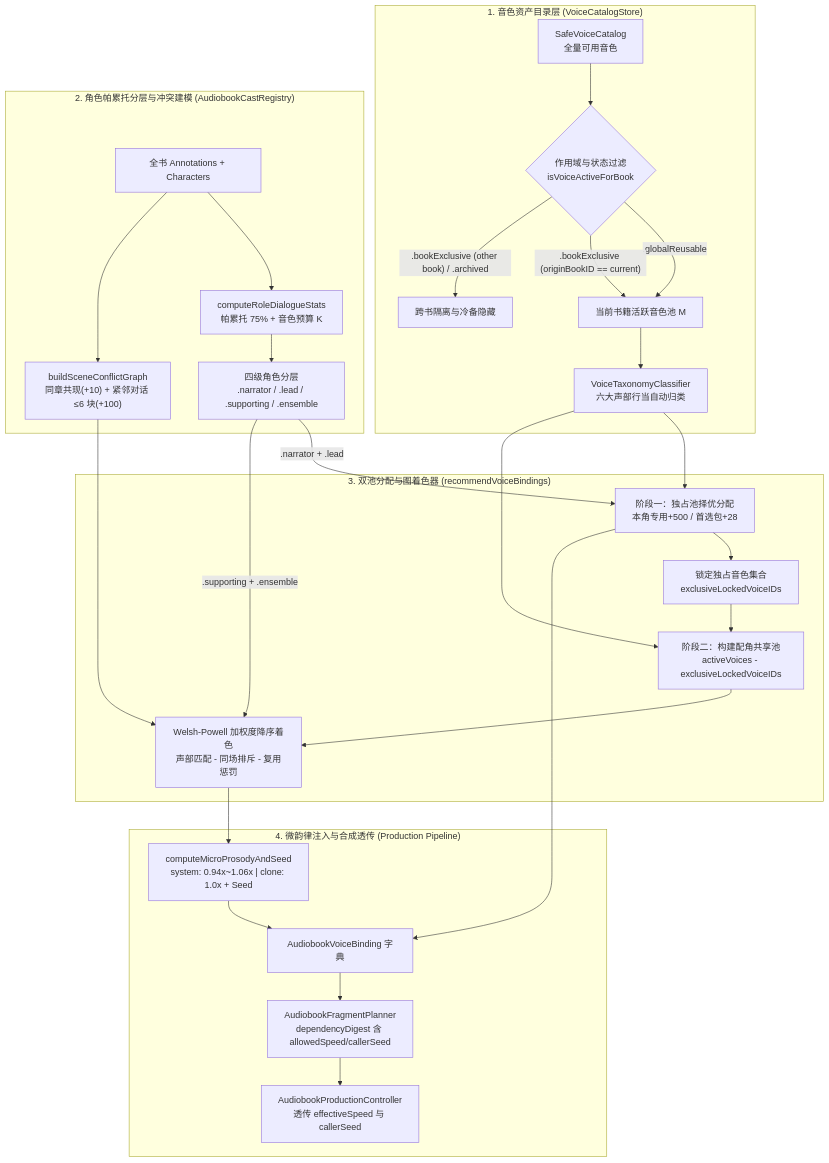
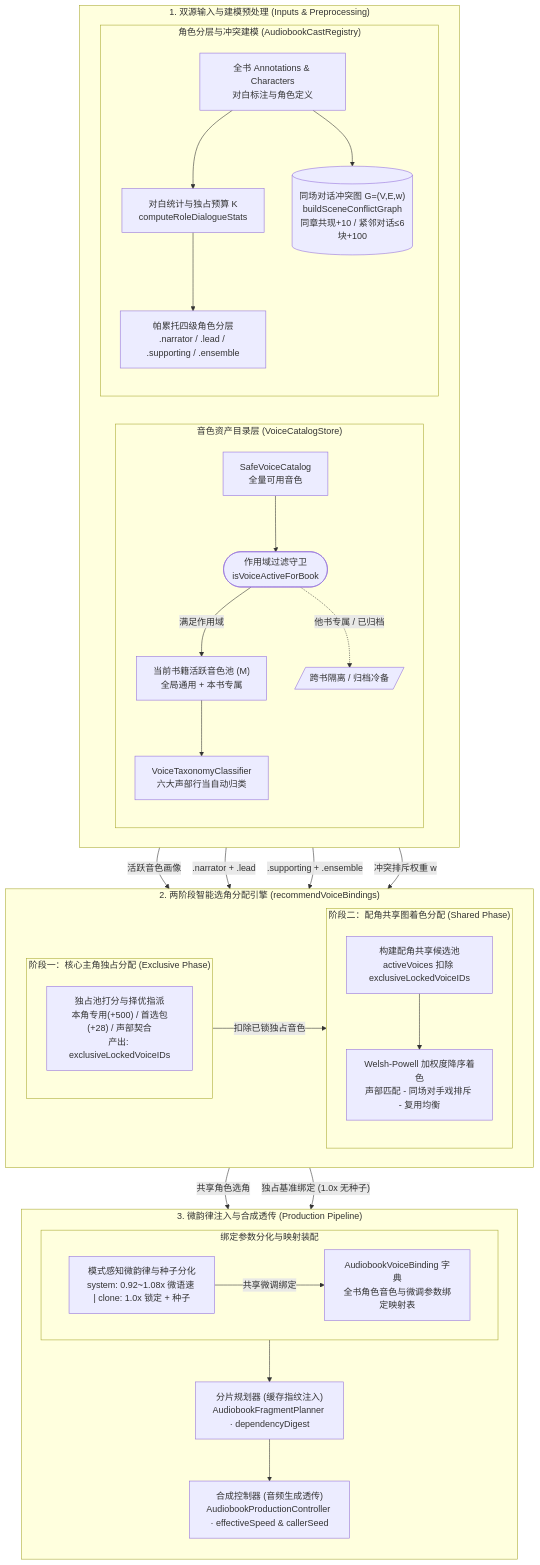
One commit to hrygo/SpeechRail changed the diagram in docs/developers/audiobook-mass-casting-spec.md. Above: the diagram before and after it, drawn with Mermaid. The commit also changed 2 other files, not shown here.

Commit message:
docs(audiobook): refine mass casting specification and architecture pipeline diagrams

````diff
--- a/docs/developers/audiobook-mass-casting-spec.md
+++ b/docs/developers/audiobook-mass-casting-spec.md
@@ -36,35 +36,84 @@
 ```mermaid
-graph TD
-    subgraph L1["1. 音色资产目录层 (VoiceCatalogStore)"]
-        VC[SafeVoiceCatalog<br/>全量可用音色] --> SF{作用域与状态过滤<br/>isVoiceActiveForBook}
-        SF -->|".globalReusable"| Pool[当前书籍活跃音色池 M]
-        SF -->|".bookExclusive (originBookID == current)"| Pool
-        SF -->|".bookExclusive (other book) / .archived"| Drop[跨书隔离与冷备隐藏]
-        Pool --> TC[VoiceTaxonomyClassifier<br/>六大声部行当自动归类]
+flowchart TB
+    %% -----------------------------------------------------------
+    %% 1. 输入与前置建模层
+    %% -----------------------------------------------------------
+    subgraph S1["1. 双源输入与建模预处理 (Inputs & Preprocessing)"]
+        direction LR
+
+        subgraph S1_Voice["音色资产目录层 (VoiceCatalogStore)"]
+            direction TB
+            VC["SafeVoiceCatalog<br/>全量可用音色"]
+            SF(["作用域过滤守卫<br/>isVoiceActiveForBook"])
+            Pool["当前书籍活跃音色池 (M)<br/>全局通用 + 本书专属"]
+            Drop[/"跨书隔离 / 归档冷备"/]
+            TC["VoiceTaxonomyClassifier<br/>六大声部行当自动归类"]
+
+            VC --> SF
+            SF -->|"满足作用域"| Pool
+            SF -.->|"他书专属 / 已归档"| Drop
+            Pool --> TC
+        end
+
+        subgraph S1_Cast["角色分层与冲突建模 (AudiobookCastRegistry)"]
+            direction TB
+            Ann["全书 Annotations & Characters<br/>对白标注与角色定义"]
+            Stats["对白统计与独占预算 K<br/>computeRoleDialogueStats"]
+            Tiers["帕累托四级角色分层<br/>.narrator / .lead / .supporting / .ensemble"]
+            Graph[("同场对话冲突图 G=(V,E,w)<br/>buildSceneConflictGraph<br/>同章共现+10 / 紧邻对话≤6块+100")]
+
+            Ann --> Stats
+            Stats --> Tiers
+            Ann --> Graph
+        end
     end
 
-    subgraph L2["2. 角色帕累托分层与冲突建模 (AudiobookCastRegistry)"]
-        Ann[全书 Annotations + Characters] --> Stats[computeRoleDialogueStats<br/>帕累托 75% + 音色预算 K]
-        Stats --> Tiers["四级角色分层<br/>.narrator / .lead / .supporting / .ensemble"]
-        Ann --> Graph["buildSceneConflictGraph<br/>同章共现(+10) + 紧邻对话 ≤6 块(+100)"]
+    %% -----------------------------------------------------------
+    %% 2. 双池智能选角分配层
+    %% -----------------------------------------------------------
+    subgraph S2["2. 两阶段智能选角分配引擎 (recommendVoiceBindings)"]
+        direction LR
+
+        subgraph S2_Exclusive["阶段一：核心主角独占分配 (Exclusive Phase)"]
+            direction TB
+            ExAlloc["独占池打分与择优指派<br/>本角专用(+500) / 首选包(+28) / 声部契合<br/>产出: exclusiveLockedVoiceIDs"]
+        end
+
+        subgraph S2_Shared["阶段二：配角共享图着色分配 (Shared Phase)"]
+            direction TB
+            SharedPool["构建配角共享候选池<br/>activeVoices 扣除 exclusiveLockedVoiceIDs"]
+            WP["Welsh-Powell 加权度降序着色<br/>声部匹配 - 同场对手戏排斥 - 复用均衡"]
+            SharedPool --> WP
+        end
+
+        ExAlloc -->|"扣除已锁独占音色"| SharedPool
     end
 
-    subgraph L3["3. 双池分配与图着色器 (recommendVoiceBindings)"]
-        Tiers -->|".narrator + .lead"| ExAlloc[阶段一：独占池择优分配<br/>本角专用+500 / 首选包+28]
-        ExAlloc --> ExLock[锁定独占音色集合<br/>exclusiveLockedVoiceIDs]
-        TC --> ExAlloc
-        TC --> SharedPool[阶段二：构建配角共享池<br/>activeVoices - exclusiveLockedVoiceIDs]
-        ExLock --> SharedPool
-        Tiers -->|".supporting + .ensemble"| WP[Welsh-Powell 加权度降序着色<br/>声部匹配 - 同场排斥 - 复用惩罚]
-        Graph --> WP
-        SharedPool --> WP
-    end
+    %% 输入层 -> 选角层连线
+    TC -->|"活跃音色画像"| ExAlloc
+    Tiers -->|".narrator + .lead"| ExAlloc
+    Tiers -->|".supporting + .ensemble"| WP
+    Graph -->|"冲突排斥权重 w"| WP
 
-    subgraph L4["4. 微韵律注入与合成透传 (Production Pipeline)"]
-        WP --> Prosody["computeMicroProsodyAndSeed<br/>system: 0.94x~1.06x | clone: 1.0x + Seed"]
-        ExAlloc --> Bindings[AudiobookVoiceBinding 字典]
-        Prosody --> Bindings
-        Bindings --> Digest[AudiobookFragmentPlanner<br/>dependencyDigest 含 allowedSpeed/callerSeed]
-        Digest --> TTS[AudiobookProductionController<br/>透传 effectiveSpeed 与 callerSeed]
+    %% -----------------------------------------------------------
+    %% 3. 微韵律注入与合成透传层
+    %% -----------------------------------------------------------
+    subgraph S3["3. 微韵律注入与合成透传 (Production Pipeline)"]
+        direction TB
+
+        subgraph S3_Assembly["绑定参数分化与映射装配"]
+            direction LR
+            Prosody["模式感知微韵律与种子分化<br/>system: 0.92~1.08x 微语速 | clone: 1.0x 锁定 + 种子"]
+            Bindings["AudiobookVoiceBinding 字典<br/>全书角色音色与微调参数绑定映射表"]
+            Prosody -->|"共享微调绑定"| Bindings
+        end
+
+        Digest["分片规划器 (缓存指纹注入)<br/>AudiobookFragmentPlanner · dependencyDigest"]
+        TTS["合成控制器 (音频生成透传)<br/>AudiobookProductionController · effectiveSpeed & callerSeed"]
+
+        WP -->|"共享角色选角"| Prosody
+        ExAlloc -->|"独占基准绑定 (1.0x 无种子)"| Bindings
+        Bindings --> Digest
+        Digest --> TTS
     end
 ```
````
